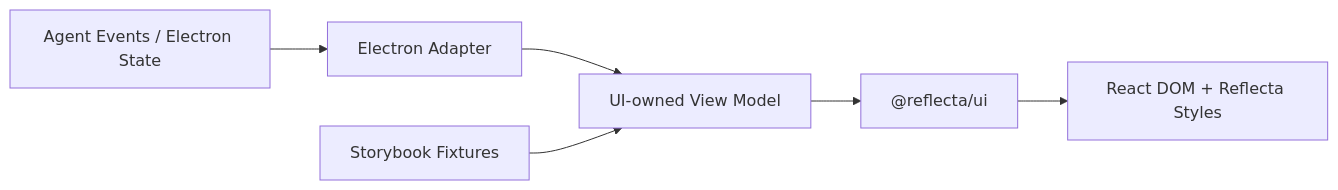
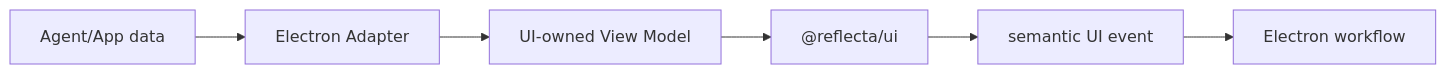
One commit to Floribunda1/reflecta changed the first of 2 diagrams in docs/iterations/v1.2.5/ui-package-storybook-migration-plan.md. Above: the diagram before and after it, drawn with Mermaid. The commit also changed other lines of this file and 8 other files, not shown here.

````diff
--- a/docs/iterations/v1.2.5/ui-package-storybook-migration-plan.md
+++ b/docs/iterations/v1.2.5/ui-package-storybook-migration-plan.md
@@ -15,8 +25,8 @@
 ```mermaid
 flowchart LR
-  Events["Agent Events / Electron State"] --> Adapter["Electron Adapter"]
-  Adapter --> ViewModel["UI-owned View Model"]
-  Fixtures["Storybook Fixtures"] --> ViewModel
-  ViewModel --> UI["@reflecta/ui"]
-  UI --> DOM["React DOM + Reflecta Styles"]
+  Events["Agent/App data"] --> Adapter["Electron Adapter"]
+  Adapter --> View["UI-owned View Model"]
+  View --> UI["@reflecta/ui"]
+  UI --> Event["semantic UI event"]
+  Event --> Workflow["Electron workflow"]
 ```
````
